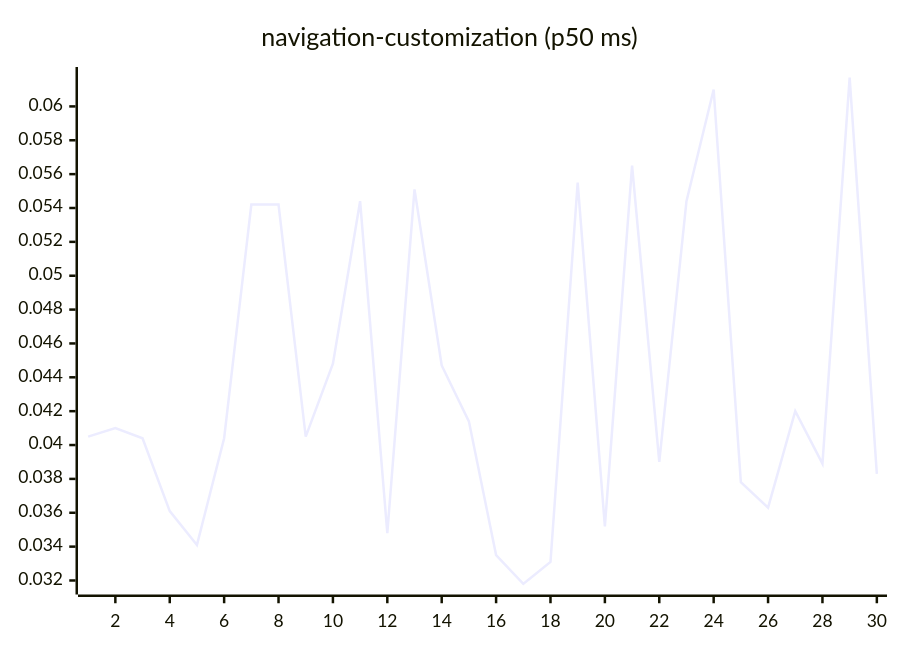
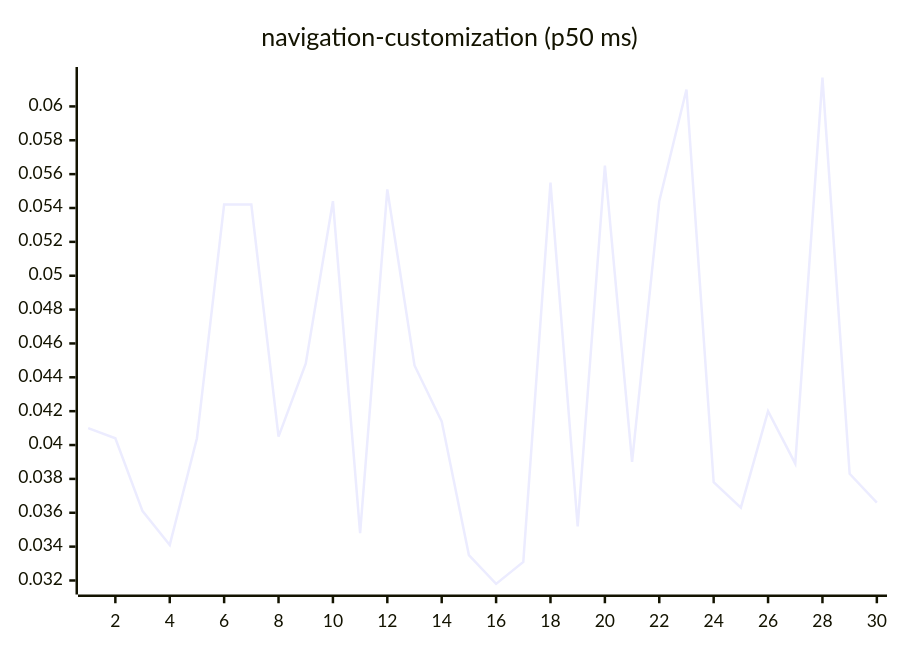
One commit to josha/Facet changed diagram 15 of 27 in README.md. Above: the diagram before and after it, drawn with Mermaid. The commit also changed other lines of this file and 2 other files, not shown here.

````diff
--- a/README.md
+++ b/README.md
@@ -161,6 +161,6 @@
 ```mermaid
 xychart-beta
     title "navigation-customization (p50 ms)"
     x-axis 1 --> 30
-    line [0.0405, 0.0410, 0.0404, 0.0361, 0.0341, 0.0404, 0.0542, 0.0542, 0.0405, 0.0448, 0.0544, 0.0348, 0.0551, 0.0447, 0.0414, 0.0335, 0.0318, 0.0331, 0.0555, 0.0352, 0.0565, 0.0390, 0.0544, 0.0610, 0.0378, 0.0363, 0.0420, 0.0389, 0.0617, 0.0383]
+    line [0.0410, 0.0404, 0.0361, 0.0341, 0.0404, 0.0542, 0.0542, 0.0405, 0.0448, 0.0544, 0.0348, 0.0551, 0.0447, 0.0414, 0.0335, 0.0318, 0.0331, 0.0555, 0.0352, 0.0565, 0.0390, 0.0544, 0.0610, 0.0378, 0.0363, 0.0420, 0.0389, 0.0617, 0.0383, 0.0366]
 ```
````
